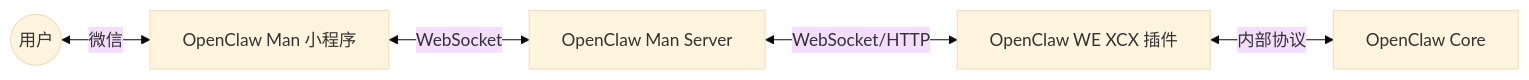
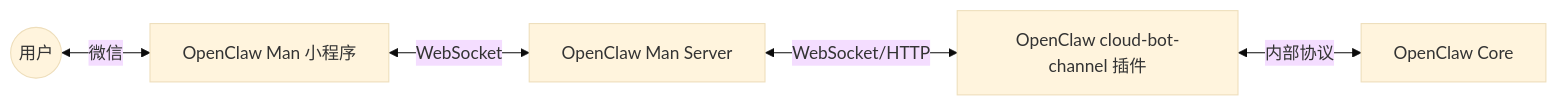
The diagram in gongzhao.md (jfld/openclaw-man), drawn with Mermaid (base theme) before and after one commit. The commit also changed other lines of this file and 12 other files, not shown here.

````diff
--- a/gongzhao.md
+++ b/gongzhao.md
@@ -29,7 +29,7 @@
 ```mermaid
 graph LR
     User((用户)) <--> |微信| App[OpenClaw Man 小程序]
     App <--> |WebSocket| Server[OpenClaw Man Server]
-    Server <--> |WebSocket/HTTP| Plugin[OpenClaw WE XCX 插件]
+    Server <--> |WebSocket/HTTP| Plugin[OpenClaw cloud-bot-channel 插件]
     Plugin <--> |内部协议| Core[OpenClaw Core]
 ```
````
